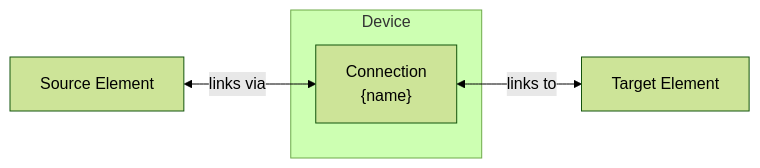
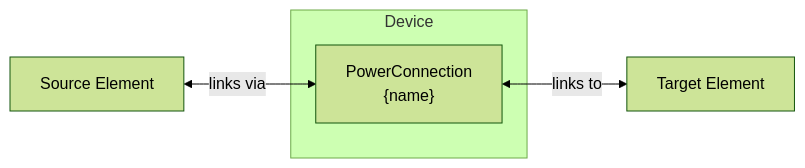
Before and after one commit to Chance-Konstruktion/haeo: the diagram in docs/modeling/device-layer/connection.md, drawn with Mermaid (forest theme). The commit also changed other lines of this file and 26 other files, not shown here.

````diff
--- a/docs/modeling/device-layer/connection.md
+++ b/docs/modeling/device-layer/connection.md
@@ -8,12 +8,12 @@
 ```mermaid
 graph LR
     subgraph "Device"
-        MC["Connection<br/>{name}"]
+        MC["PowerConnection<br/>{name}"]
     end
 
     Source[Source Element]
     Target[Target Element]
 
     Source <-->|links via| MC
     MC <-->|links to| Target
 ```
````
